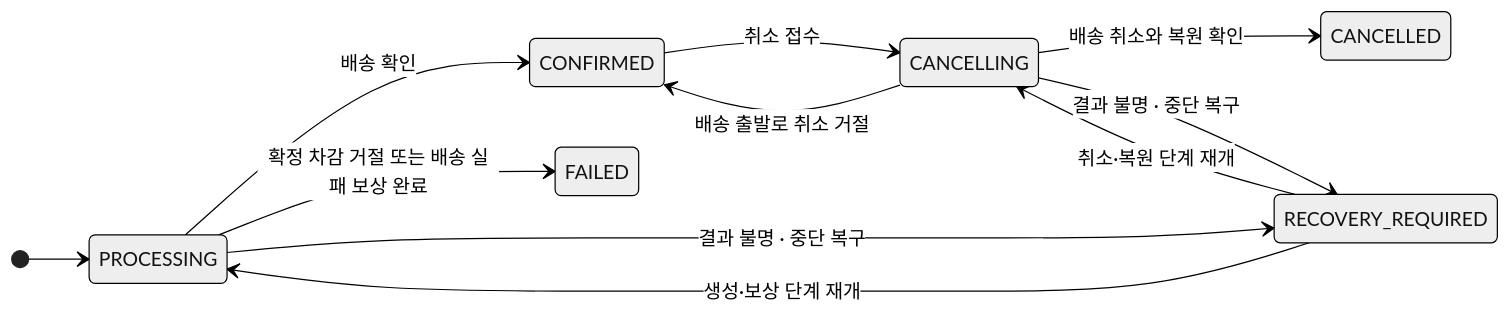
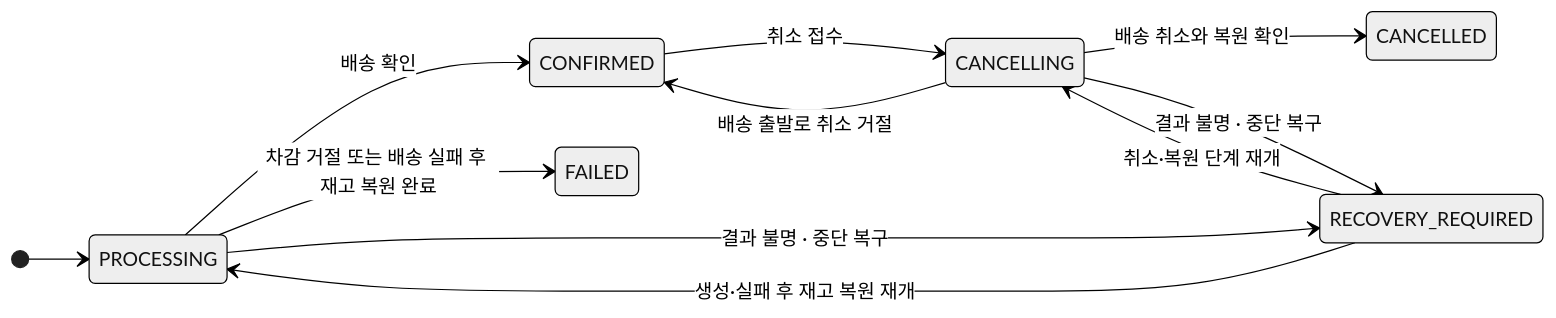
One commit to 404notfound-team/logistics-msa changed the third of 4 diagrams in orders/README.md. Above: the diagram before and after it, drawn with Mermaid (neutral theme). The commit also changed other lines of this file and 17 other files, not shown here.

````diff
--- a/orders/README.md
+++ b/orders/README.md
@@ -91,14 +93,14 @@
 ```mermaid
 stateDiagram-v2
     direction LR
     [*] --> PROCESSING
     PROCESSING --> CONFIRMED: 배송 확인
-    PROCESSING --> FAILED: 확정 차감 거절 또는 배송 실패 보상 완료
+    PROCESSING --> FAILED: 차감 거절 또는 배송 실패 후 재고 복원 완료
     PROCESSING --> RECOVERY_REQUIRED: 결과 불명 · 중단 복구
     CONFIRMED --> CANCELLING: 취소 접수
     CANCELLING --> CANCELLED: 배송 취소와 복원 확인
     CANCELLING --> CONFIRMED: 배송 출발로 취소 거절
     CANCELLING --> RECOVERY_REQUIRED: 결과 불명 · 중단 복구
-    RECOVERY_REQUIRED --> PROCESSING: 생성·보상 단계 재개
+    RECOVERY_REQUIRED --> PROCESSING: 생성·실패 후 재고 복원 재개
     RECOVERY_REQUIRED --> CANCELLING: 취소·복원 단계 재개
 ```
````
